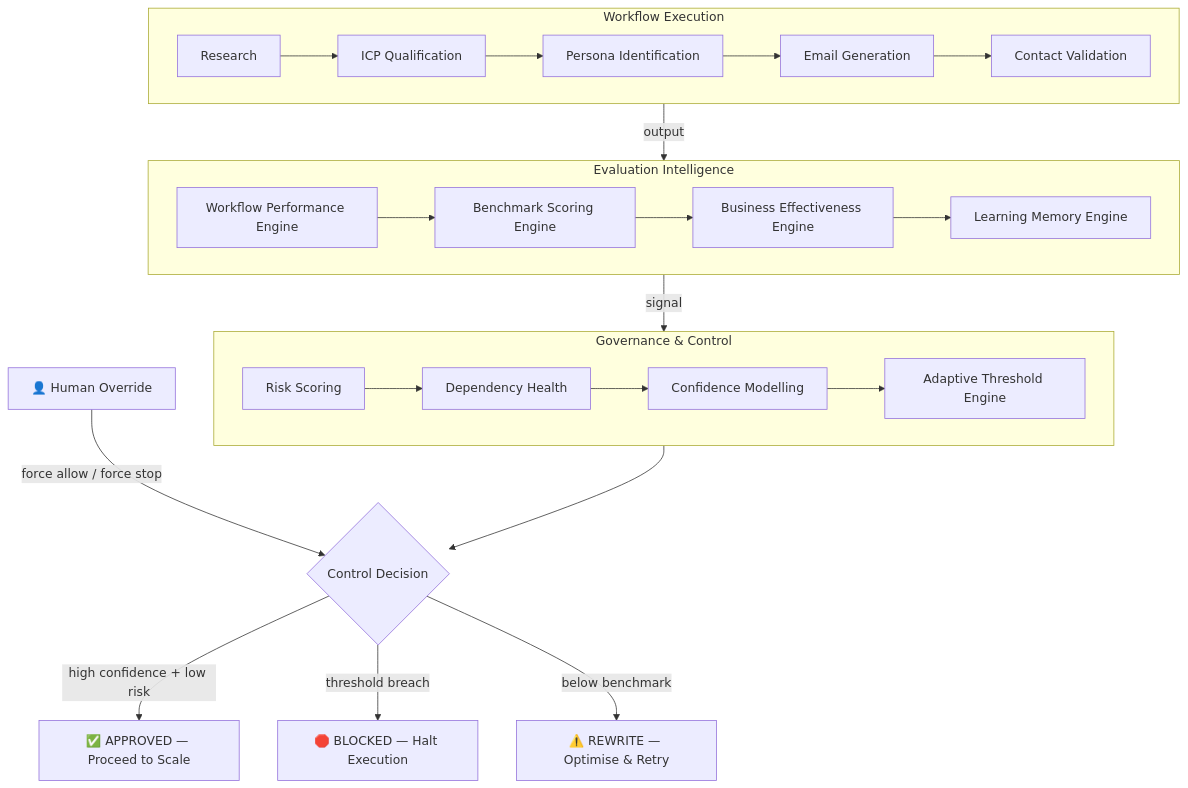
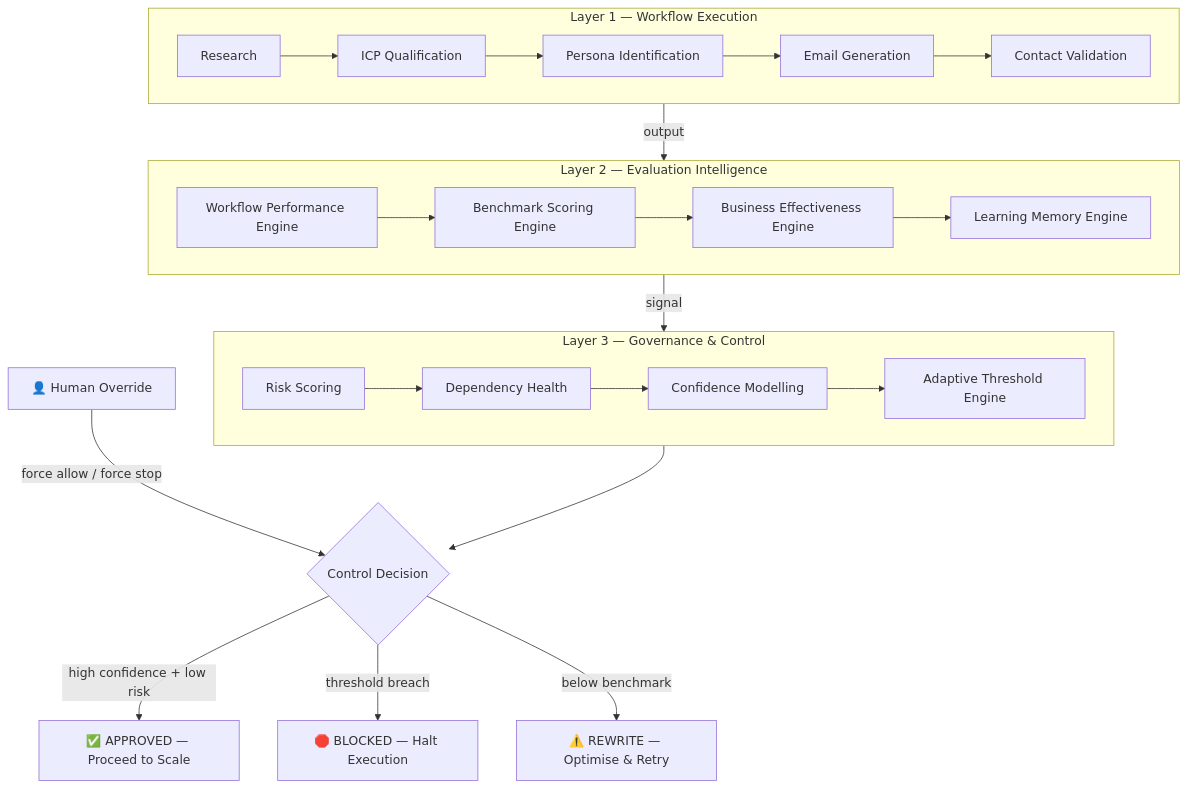
The diagram in README.md (Dhanishta-codes/GOVR), drawn with Mermaid before and after one commit. The commit also changed other lines of this file, not shown here.

````diff
--- a/README.md
+++ b/README.md
@@ -46,35 +52,35 @@
 ```mermaid
 flowchart TD
-    subgraph L1["Workflow Execution"]
+    subgraph L1["Layer 1 — Workflow Execution"]
         A1[Research] --> A2[ICP Qualification]
         A2 --> A3[Persona Identification]
         A3 --> A4[Email Generation]
         A4 --> A5[Contact Validation]
     end
 
-    subgraph L2["Evaluation Intelligence"]
+    subgraph L2["Layer 2 — Evaluation Intelligence"]
         B1[Workflow Performance Engine] --> B2[Benchmark Scoring Engine]
         B2 --> B3[Business Effectiveness Engine]
         B3 --> B4[Learning Memory Engine]
     end
 
-    subgraph L3["Governance & Control"]
+    subgraph L3["Layer 3 — Governance & Control"]
         C1[Risk Scoring] --> C2[Dependency Health]
         C2 --> C3[Confidence Modelling]
         C3 --> C4[Adaptive Threshold Engine]
     end
 
     D{Control Decision}
     E[✅ APPROVED — Proceed to Scale]
     F[🛑 BLOCKED — Halt Execution]
     G[⚠️ REWRITE — Optimise & Retry]
     H[👤 Human Override]
 
     L1 -->|output| L2
     L2 -->|signal| L3
     L3 --> D
     D -->|high confidence + low risk| E
     D -->|threshold breach| F
     D -->|below benchmark| G
     H -->|force allow / force stop| D
 ```
````
